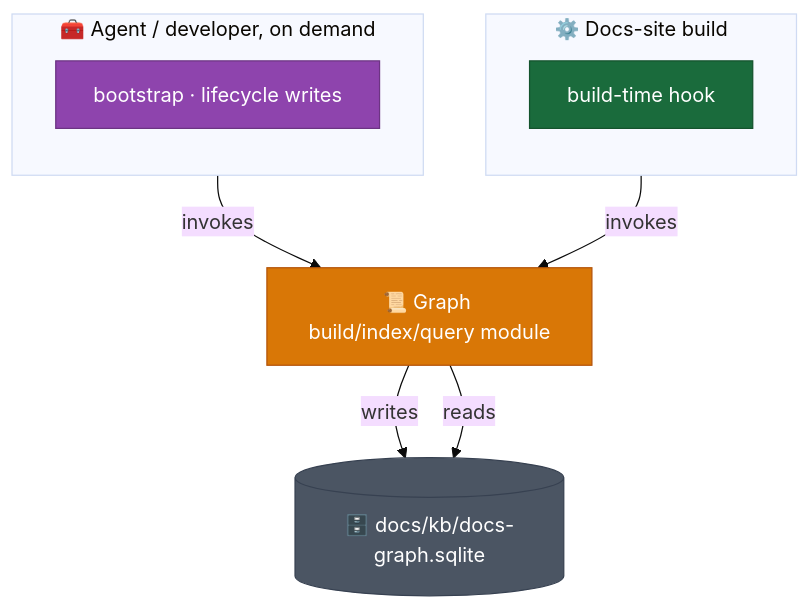
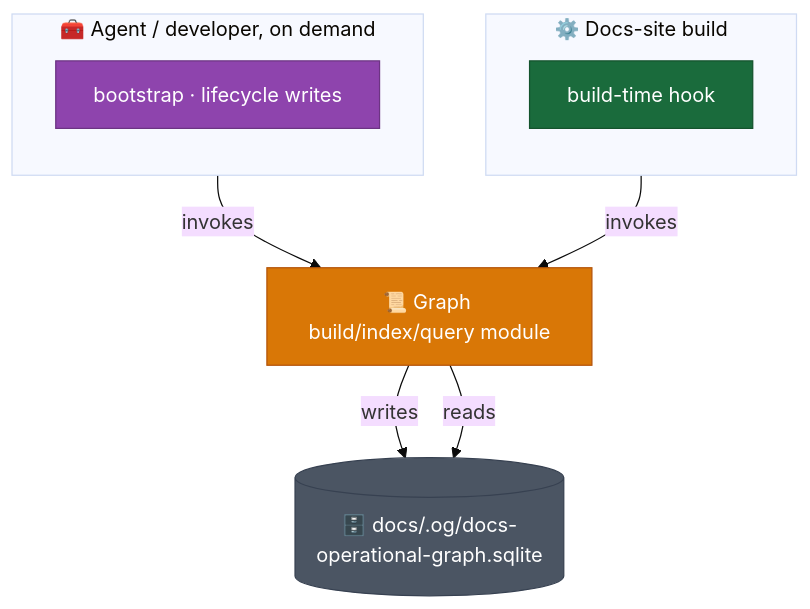
Before and after one commit to DataArt/artisyn-implementation-harness: the second of 2 diagrams in docs/Harness/07 Knowledge Graph/02 Storage and Build Model.md, drawn with Mermaid (base theme). The commit also changed other lines of this file and 10 other files, not shown here.

Commit message:
docs(architecture): describe the operational graph's HLD/LLD/Harness boundary

````diff
--- a/docs/Harness/07 Knowledge Graph/02 Storage and Build Model.md
+++ b/docs/Harness/07 Knowledge Graph/02 Storage and Build Model.md
@@ -109,25 +109,25 @@
 ```mermaid
 flowchart TD
     subgraph BUILD ["⚙️ Docs-site build"]
         direction TB
         HOOK["build-time hook"]:::build
     end
 
     subgraph AGENT ["🧰 Agent / developer, on demand"]
         direction TB
         SKILL["bootstrap · lifecycle writes"]:::skill
     end
 
     MODULE["📜 Graph build/index/query module"]:::module
-    DB[("🗄️ docs/kb/docs-graph.sqlite")]:::store
+    DB[("🗄️ docs/.og/docs-operational-graph.sqlite")]:::store
 
     HOOK -->|"invokes"| MODULE
     SKILL -->|"invokes"| MODULE
     MODULE -->|"writes"| DB
     MODULE -->|"reads"| DB
 
     classDef build  fill:#1A6B3C,stroke:#14532d,color:#fff
     classDef skill  fill:#8E44AD,stroke:#6C3483,color:#fff
     classDef module fill:#D97706,stroke:#B45309,color:#fff
     classDef store  fill:#4B5563,stroke:#374151,color:#fff
 ```
````
